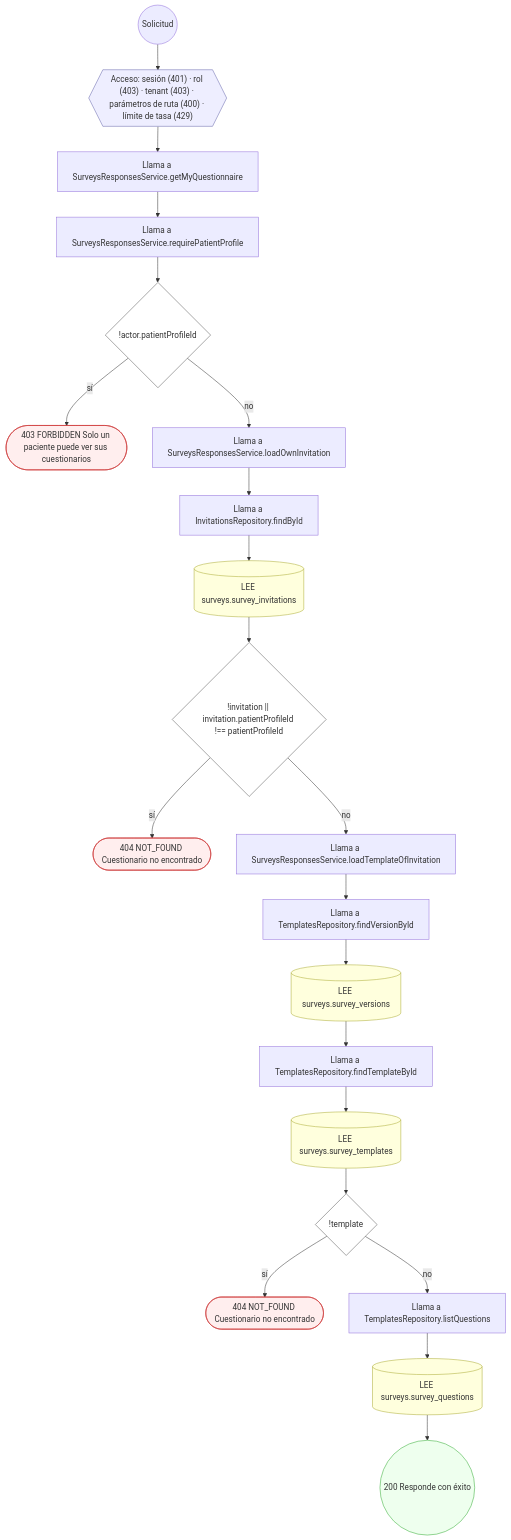
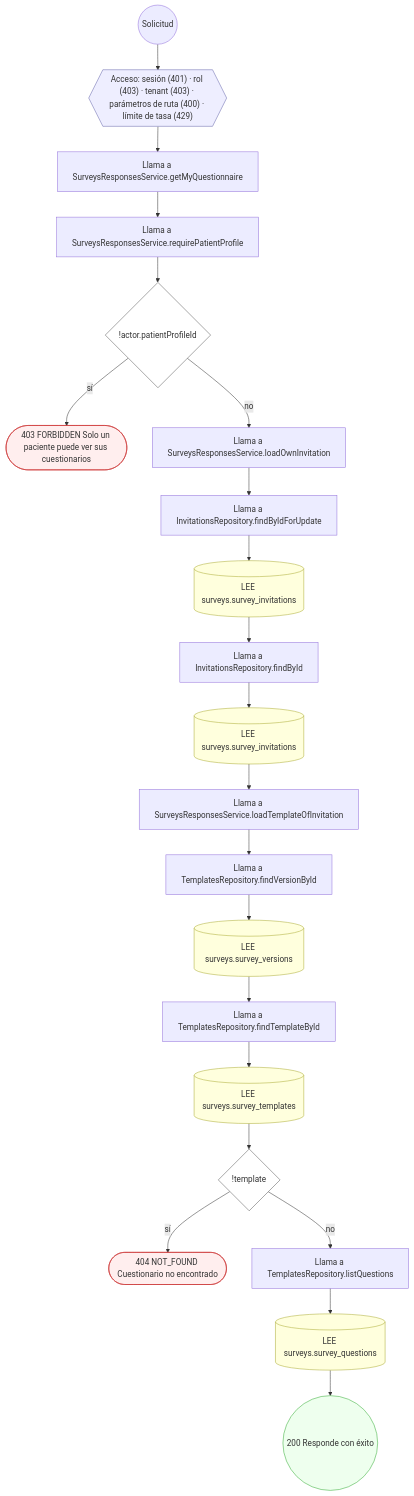
The fifth of 18 diagrams in docs/inventario/flujos/surveys.md (mdavila-2001/mantra-core-health-api), drawn with Mermaid before and after one commit. The commit also changed other lines of this file and 438 other files, not shown here.

````diff
--- a/docs/inventario/flujos/surveys.md
+++ b/docs/inventario/flujos/surveys.md
@@ -391,50 +374,50 @@
 ```mermaid
 flowchart TD
   n1(("Solicitud")):::inicio
   n2{{"Acceso: sesión (401) · rol (403) · tenant (403) · parámetros de ruta (400) · límite de tasa (429)"}}:::acceso
   n1 --> n2
   n3["Llama a SurveysResponsesService.getMyQuestionnaire"]:::llamada
   n2 --> n3
   n4["Llama a SurveysResponsesService.requirePatientProfile"]:::llamada
   n3 --> n4
   n5{"!actor.patientProfileId"}:::decision
   n4 --> n5
   n6(["403 FORBIDDEN Solo un paciente puede ver sus cuestionarios"]):::error
   n5 -->|"sí"| n6
   n7["Llama a SurveysResponsesService.loadOwnInvitation"]:::llamada
   n5 -->|"no"| n7
-  n8["Llama a InvitationsRepository.findById"]:::llamada
+  n8["Llama a InvitationsRepository.findByIdForUpdate"]:::llamada
   n7 --> n8
   n9[("LEE surveys.survey_invitations")]:::efecto
   n8 --> n9
-  n10{"!invitation || invitation.patientProfileId !== patientProfileId"}:::decision
+  n10["Llama a InvitationsRepository.findById"]:::llamada
   n9 --> n10
-  n11(["404 NOT_FOUND Cuestionario no encontrado"]):::error
-  n10 -->|"sí"| n11
+  n11[("LEE surveys.survey_invitations")]:::efecto
+  n10 --> n11
   n12["Llama a SurveysResponsesService.loadTemplateOfInvitation"]:::llamada
-  n10 -->|"no"| n12
+  n11 --> n12
   n13["Llama a TemplatesRepository.findVersionById"]:::llamada
   n12 --> n13
   n14[("LEE surveys.survey_versions")]:::efecto
   n13 --> n14
   n15["Llama a TemplatesRepository.findTemplateById"]:::llamada
   n14 --> n15
   n16[("LEE surveys.survey_templates")]:::efecto
   n15 --> n16
   n17{"!template"}:::decision
   n16 --> n17
   n18(["404 NOT_FOUND Cuestionario no encontrado"]):::error
   n17 -->|"sí"| n18
   n19["Llama a TemplatesRepository.listQuestions"]:::llamada
   n17 -->|"no"| n19
   n20[("LEE surveys.survey_questions")]:::efecto
   n19 --> n20
   n21(("200 Responde con éxito")):::ok
   n20 --> n21
   classDef acceso fill:#eef,stroke:#66a
   classDef error fill:#fee,stroke:#c33
   classDef ok fill:#efe,stroke:#3a3
   classDef efecto fill:#ffd,stroke:#aa3
   classDef decision fill:#fff,stroke:#555
   classDef corte fill:#eee,stroke:#999,stroke-dasharray: 4
 ```
````
